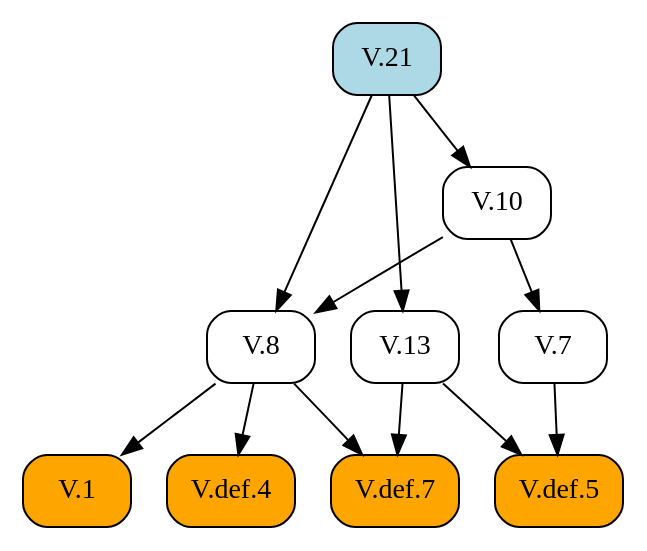
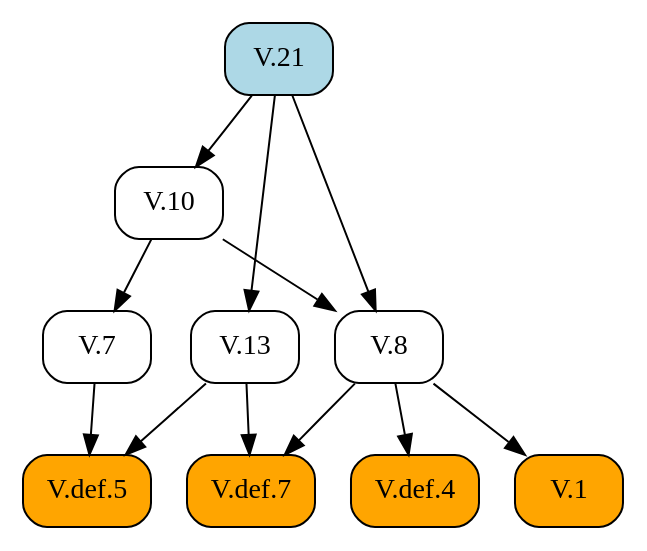
The diagram in docsrc/elements2/V/21/index.rst (geometor/elements), drawn with Graphviz before and after one commit. The commit also changed other lines of this file and 409 other files, not shown here.

First line of the commit message:
feat: Add image cropping and graphic extraction script

```diff
--- a/docsrc/elements2/V/21/index.rst
+++ b/docsrc/elements2/V/21/index.rst
@@ -54,26 +54,26 @@
 .. graphviz::
 
    digraph {
      rankdir="TB";
      node [shape=box, style=rounded];
+     "V.def.5" [style="rounded,filled", fillcolor=orange, URL="/elements2/V/def.5/", target="_top"];
+     "V.21" [style="rounded,filled", fillcolor=lightblue, URL="/elements2/V/21/", target="_top"];
+     "V.13" [URL="/elements2/V/13/", target="_top"];
      "V.10" [URL="/elements2/V/10/", target="_top"];
-     "V.1" [style="rounded,filled", fillcolor=orange, URL="/elements2/V/1/", target="_top"];
-     "V.def.5" [style="rounded,filled", fillcolor=orange, URL="/elements2/V/def.5/", target="_top"];
      "V.8" [URL="/elements2/V/8/", target="_top"];
      "V.def.4" [style="rounded,filled", fillcolor=orange, URL="/elements2/V/def.4/", target="_top"];
      "V.def.7" [style="rounded,filled", fillcolor=orange, URL="/elements2/V/def.7/", target="_top"];
+     "V.1" [style="rounded,filled", fillcolor=orange, URL="/elements2/V/1/", target="_top"];
      "V.7" [URL="/elements2/V/7/", target="_top"];
-     "V.13" [URL="/elements2/V/13/", target="_top"];
-     "V.21" [style="rounded,filled", fillcolor=lightblue, URL="/elements2/V/21/", target="_top"];
-     "V.21" -> "V.10";
-     "V.8" -> "V.1";
      "V.7" -> "V.def.5";
      "V.13" -> "V.def.5";
+     "V.21" -> "V.13";
+     "V.21" -> "V.10";
      "V.10" -> "V.8";
      "V.21" -> "V.8";
      "V.8" -> "V.def.4";
      "V.8" -> "V.def.7";
      "V.13" -> "V.def.7";
+     "V.8" -> "V.1";
      "V.10" -> "V.7";
-     "V.21" -> "V.13";
    }
```
